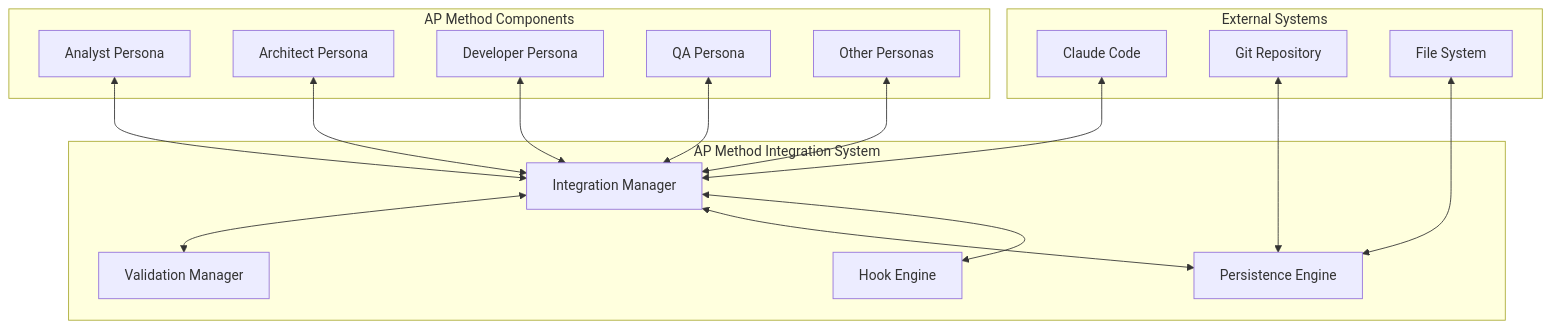
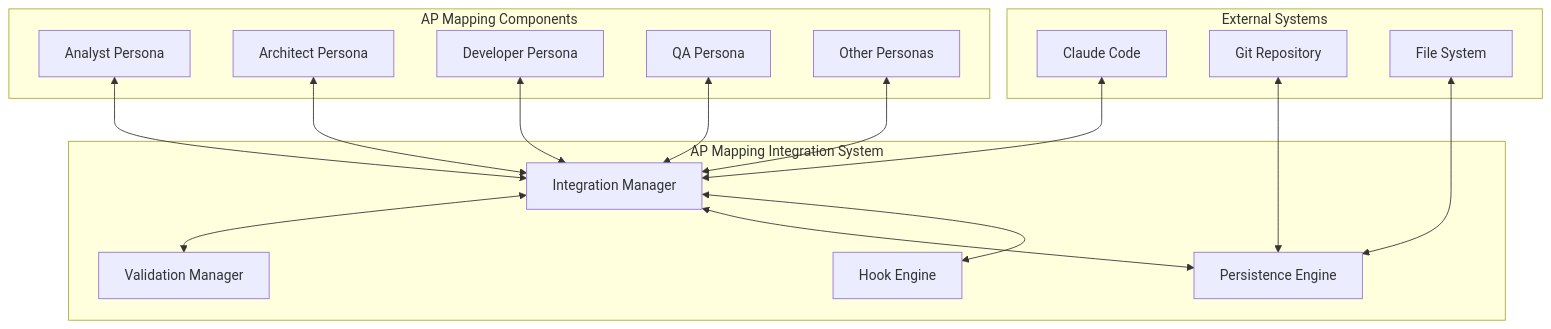
The first of 9 diagrams in project_documentation/base/integration-architecture-diagrams.md (omayhemo/agent-persona-method), drawn with Mermaid before and after one commit. The commit also changed other lines of this file and 90 other files, not shown here.

````diff
--- a/project_documentation/base/integration-architecture-diagrams.md
+++ b/project_documentation/base/integration-architecture-diagrams.md
@@ -32,37 +32,37 @@
 ```mermaid
 graph TB
     subgraph "External Systems"
         CC[Claude Code]
         GIT[Git Repository]
         FS[File System]
     end
     
-    subgraph "AP Method Integration System"
+    subgraph "AP Mapping Integration System"
         IM[Integration Manager]
         HE[Hook Engine]
         PE[Persistence Engine]
         VM[Validation Manager]
     end
     
-    subgraph "AP Method Components"
+    subgraph "AP Mapping Components"
         P1[Analyst Persona]
         P2[Architect Persona]
         P3[Developer Persona]
         P4[QA Persona]
         P5[Other Personas]
     end
     
     CC <--> IM
     GIT <--> PE
     FS <--> PE
     
     IM <--> HE
     IM <--> PE
     IM <--> VM
     
     P1 <--> IM
     P2 <--> IM
     P3 <--> IM
     P4 <--> IM
     P5 <--> IM
 ```
````
